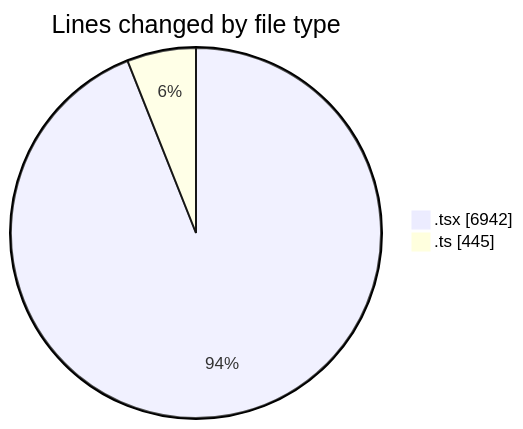
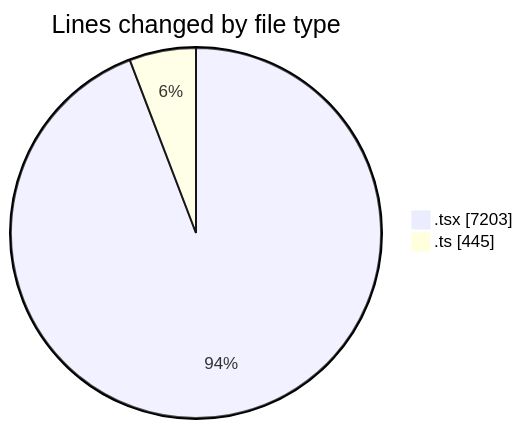
One commit to momahboobian/code-tracking changed the first of 2 diagrams in 2025-09-24/cda/README.md. Above: the diagram before and after it, drawn with Mermaid. The commit also changed other lines of this file and 1 other file, not shown here.

````diff
--- a/2025-09-24/cda/README.md
+++ b/2025-09-24/cda/README.md
@@ -36,6 +36,6 @@
 ```mermaid
 pie showData
 title Lines changed by file type
-".tsx" : 6942
+".tsx" : 7203
 ".ts" : 445
 ```
````
